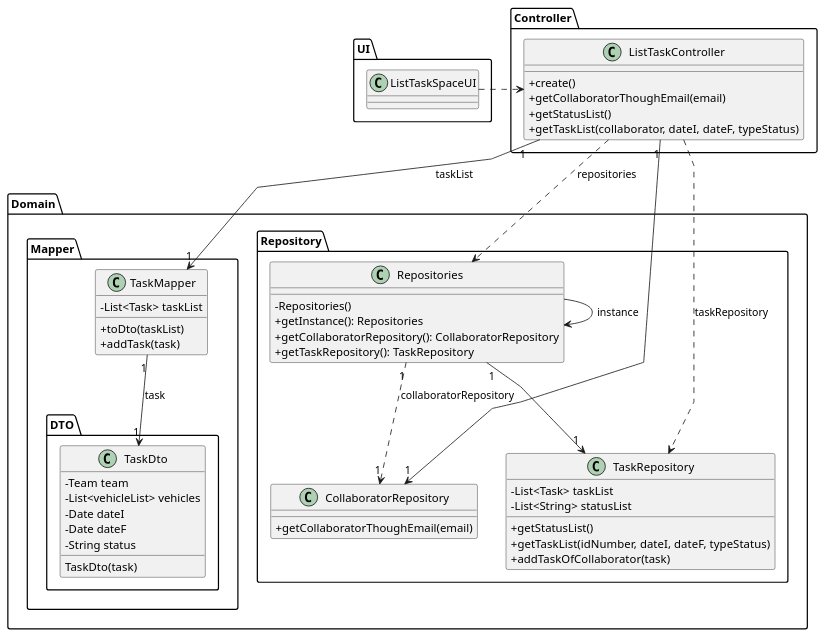
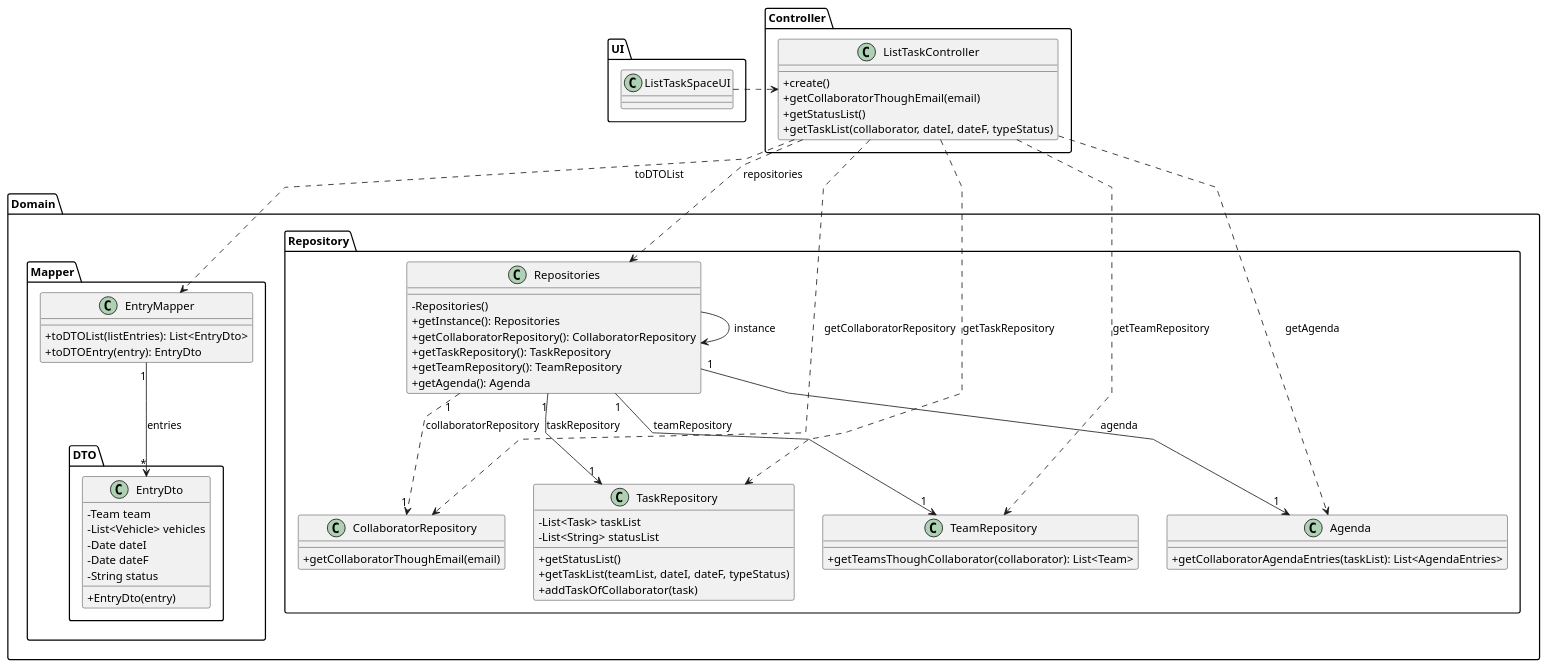
The diagram in docs/sprintC/us028/03.design/puml/us028-class-diagram.puml (diogoveirospro/lei-24-s2-1dg-g072), drawn with PlantUML before and after one commit. The commit also changed 17 other files, not shown here.

```diff
--- a/docs/sprintC/us028/03.design/puml/us028-class-diagram.puml
+++ b/docs/sprintC/us028/03.design/puml/us028-class-diagram.puml
@@ -1,69 +1,83 @@
 @startuml
 skinparam packageStyle folder
 skinparam shadowing false
 skinparam linetype polyline
 skinparam classAttributeIconSize 0
 
-
 package UI {
 class "ListTaskSpaceUI" as UserInterface
+}
 
-}
 package Controller {
 class "ListTaskController" as CTRL {
     + create()
     + getCollaboratorThoughEmail(email)
     + getStatusList()
     + getTaskList(collaborator, dateI, dateF, typeStatus)
 }
 }
+
 package Domain {
-package Domain.Repository {
+package Repository {
 class "Repositories" as RepositorySingleton {
     - Repositories()
     + getInstance(): Repositories
     + getCollaboratorRepository(): CollaboratorRepository
     + getTaskRepository(): TaskRepository
+    + getTeamRepository(): TeamRepository
+    + getAgenda(): Agenda
 }
 
 class "CollaboratorRepository" as collaboratorRepository {
     + getCollaboratorThoughEmail(email)
 }
 
 class "TaskRepository" as taskRepository {
     - List<Task> taskList
     - List<String> statusList
     + getStatusList()
-    + getTaskList(idNumber, dateI, dateF, typeStatus)
+    + getTaskList(teamList, dateI, dateF, typeStatus)
     + addTaskOfCollaborator(task)
 }
+
+class "TeamRepository" as teamRepository {
+    + getTeamsThoughCollaborator(collaborator): List<Team>
 }
-package Domain.Mapper {
-class "TaskMapper" as MapperDto {
-    - List<Task> taskList
-    + toDto(taskList)
-    + addTask(task)
+
+class "Agenda" as agenda {
+    + getCollaboratorAgendaEntries(taskList): List<AgendaEntries>
 }
-package Domain.Mapper.DTO {
-class "TaskDto" as DataTransferObject {
+}
+package Mapper {
+class "EntryMapper" as MapperDto {
+    + toDTOList(listEntries): List<EntryDto>
+    + toDTOEntry(entry): EntryDto
+}
+package DTO {
+class "EntryDto" as DataTransferObject {
     - Team team
-    - List<vehicleList> vehicles
+    - List<Vehicle> vehicles
     - Date dateI
     - Date dateF
     - String status
-    TaskDto(task)
+    + EntryDto(entry)
 }
 }
 }
 }
 
 UserInterface .> CTRL
 CTRL ..> RepositorySingleton : repositories
 RepositorySingleton -> RepositorySingleton : instance
-CTRL .> taskRepository: taskRepository
-RepositorySingleton "1" --> "1" taskRepository
+CTRL .> collaboratorRepository: getCollaboratorRepository
+CTRL .> taskRepository: getTaskRepository
+CTRL .> teamRepository: getTeamRepository
+CTRL .> agenda: getAgenda
+CTRL .> MapperDto: toDTOList
+MapperDto "1" --> "*" DataTransferObject: entries
 RepositorySingleton "1" ..> "1" collaboratorRepository: collaboratorRepository
-CTRL "1" --> "1" collaboratorRepository
-CTRL "1" -> "1" MapperDto: taskList
-MapperDto "1" --> "1" DataTransferObject: task
+RepositorySingleton "1" --> "1" taskRepository: taskRepository
+RepositorySingleton "1" --> "1" teamRepository: teamRepository
+RepositorySingleton "1" --> "1" agenda: agenda
+
 @enduml
```
